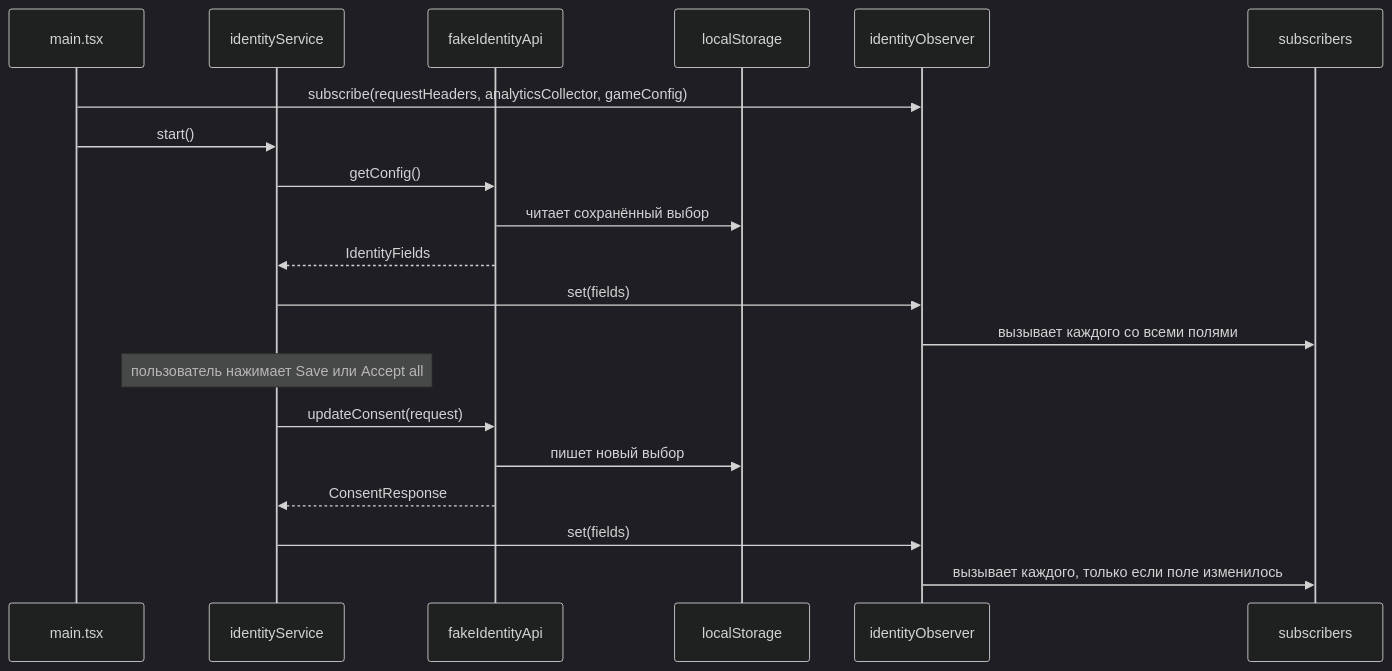
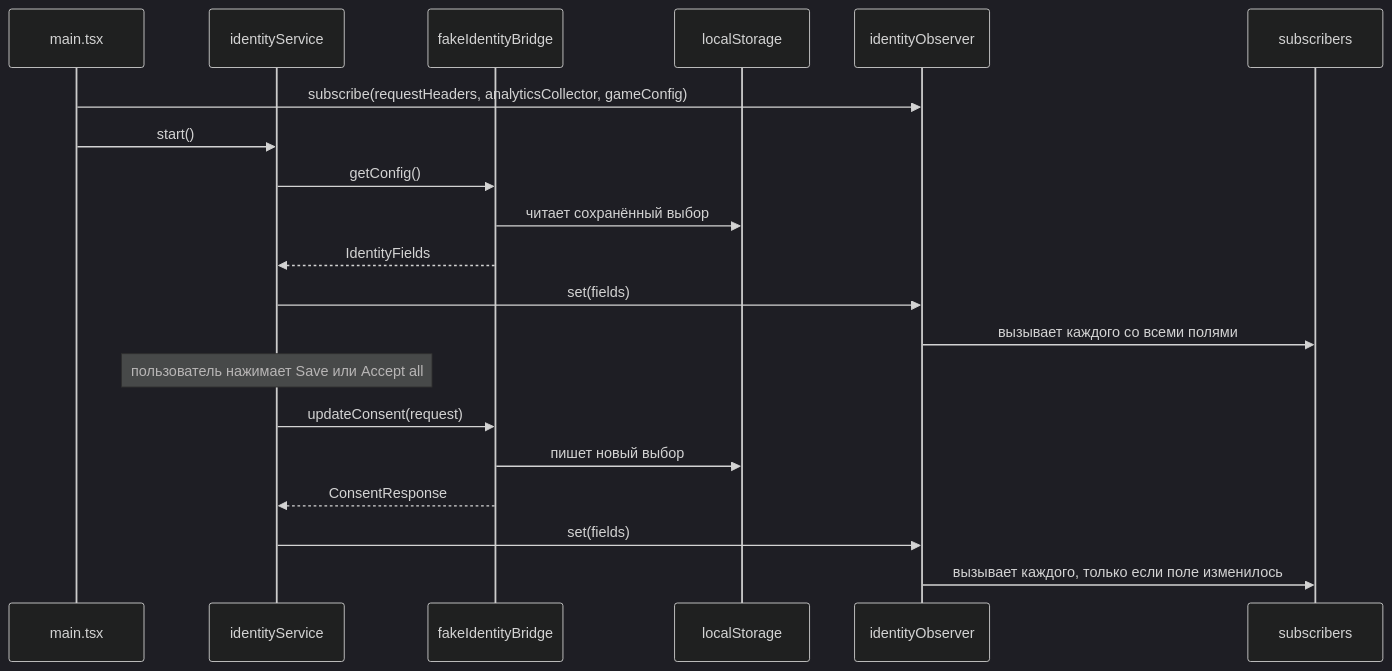
One commit to fedorovsky/docs changed the first of 2 diagrams in playground/app/docs/features/identity-tracking-consent/ru/spec.md. Above: the diagram before and after it, drawn with Mermaid (dark theme). The commit also changed other lines of this file and 14 other files, not shown here.

First line of the commit message:
Treat config and consent as native bridge methods, not a backend API

````diff
--- a/playground/app/docs/features/identity-tracking-consent/ru/spec.md
+++ b/playground/app/docs/features/identity-tracking-consent/ru/spec.md
@@ -32,22 +32,22 @@
 ```mermaid
 sequenceDiagram
   participant Main as main.tsx
   participant Service as identityService
-  participant Api as fakeIdentityApi
+  participant Bridge as fakeIdentityBridge
   participant Storage as localStorage
   participant Observer as identityObserver
   participant Subs as subscribers
   Main->>Observer: subscribe(requestHeaders, analyticsCollector, gameConfig)
   Main->>Service: start()
-  Service->>Api: getConfig()
-  Api->>Storage: читает сохранённый выбор
-  Api-->>Service: IdentityFields
+  Service->>Bridge: getConfig()
+  Bridge->>Storage: читает сохранённый выбор
+  Bridge-->>Service: IdentityFields
   Service->>Observer: set(fields)
   Observer->>Subs: вызывает каждого со всеми полями
   Note over Service: пользователь нажимает Save или Accept all
-  Service->>Api: updateConsent(request)
-  Api->>Storage: пишет новый выбор
-  Api-->>Service: ConsentResponse
+  Service->>Bridge: updateConsent(request)
+  Bridge->>Storage: пишет новый выбор
+  Bridge-->>Service: ConsentResponse
   Service->>Observer: set(fields)
   Observer->>Subs: вызывает каждого, только если поле изменилось
 ```
````
